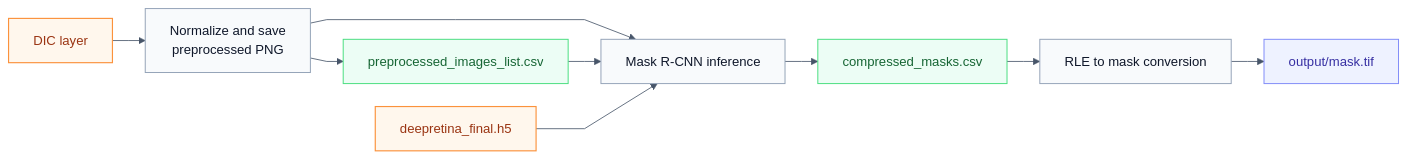
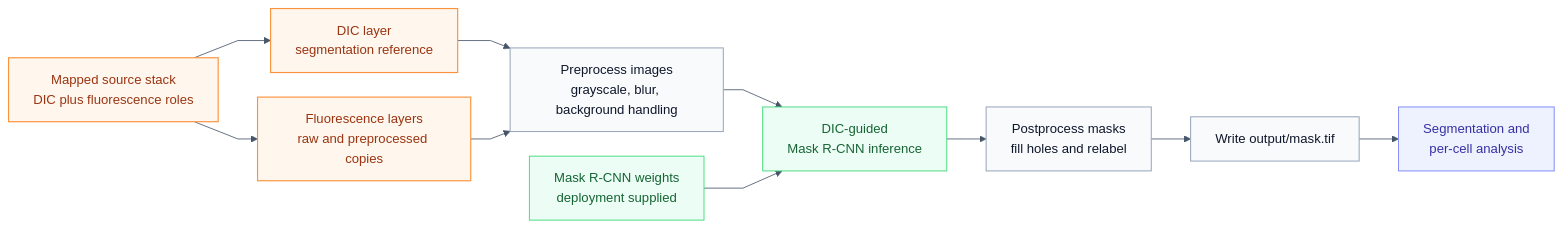
One commit to BrentLagesse/CytoCV changed the diagram in docs/diagrams/08-preprocess-inference-flow.mmd. Above: the diagram before and after it, drawn with Mermaid. The commit also changed other lines of this file and 44 other files, not shown here.

```diff
--- a/docs/diagrams/08-preprocess-inference-flow.mmd
+++ b/docs/diagrams/08-preprocess-inference-flow.mmd
@@ -1,27 +1,26 @@
-%%{init: {"theme":"base","themeVariables":{"background":"#ffffff","primaryColor":"#f8fafc","primaryBorderColor":"#94a3b8","primaryTextColor":"#0f172a","secondaryColor":"#eff6ff","tertiaryColor":"#eef2ff","lineColor":"#475569","fontFamily":"Helvetica","fontSize":"16px","clusterBorder":"#cbd5e1","clusterBkg":"#ffffff"},"flowchart":{"htmlLabels":true,"curve":"linear","nodeSpacing":28,"rankSpacing":40}}}%%
+%%{init: {"theme":"base","themeVariables":{"background":"#ffffff","primaryColor":"#f8fafc","primaryBorderColor":"#94a3b8","primaryTextColor":"#0f172a","secondaryColor":"#eff6ff","tertiaryColor":"#eef2ff","lineColor":"#475569","fontFamily":"Arial","fontSize":"16px","clusterBorder":"#cbd5e1","clusterBkg":"#ffffff"},"flowchart":{"htmlLabels":true,"curve":"linear","nodeSpacing":30,"rankSpacing":48}}}%%
 flowchart LR
-    classDef source fill:#fff7ed,stroke:#fb923c,color:#9a3412,stroke-width:1.4px;
+    classDef input fill:#fff7ed,stroke:#fb923c,color:#9a3412,stroke-width:1.4px;
     classDef process fill:#f8fafc,stroke:#94a3b8,color:#0f172a,stroke-width:1.2px;
-    classDef data fill:#ecfdf5,stroke:#4ade80,color:#166534,stroke-width:1.2px;
+    classDef model fill:#ecfdf5,stroke:#4ade80,color:#166534,stroke-width:1.2px;
     classDef output fill:#eef2ff,stroke:#818cf8,color:#3730a3,stroke-width:1.2px;
 
-    dic[DIC layer]
-    png[Normalize and save<br/>preprocessed PNG]
-    list[preprocessed_images_list.csv]
-    model[Mask R-CNN inference]
-    weights[deepretina_final.h5]
-    rle[compressed_masks.csv]
-    decode[RLE to mask conversion]
-    mask[output/mask.tif]
+    source["Mapped source stack<br/>DIC plus fluorescence roles"]
+    dic["DIC layer<br/>segmentation reference"]
+    fluo["Fluorescence layers<br/>raw and preprocessed copies"]
+    preprocess["Preprocess images<br/>grayscale, blur, background handling"]
+    weights["Mask R-CNN weights<br/>deployment supplied"]
+    infer["DIC-guided<br/>Mask R-CNN inference"]
+    mask["Postprocess masks<br/>fill holes and relabel"]
+    write["Write output/mask.tif"]
+    next["Segmentation and<br/>per-cell analysis"]
 
-    dic --> png
-    png --> list
-    png --> model
-    list --> model
-    weights --> model
-    model --> rle --> decode --> mask
+    source --> dic --> preprocess --> infer
+    source --> fluo --> preprocess
+    weights --> infer
+    infer --> mask --> write --> next
 
-    class dic,weights source
-    class png,model,decode process
-    class list,rle data
-    class mask output
+    class source,dic,fluo input
+    class preprocess,mask,write process
+    class weights,infer model
+    class next output
```
